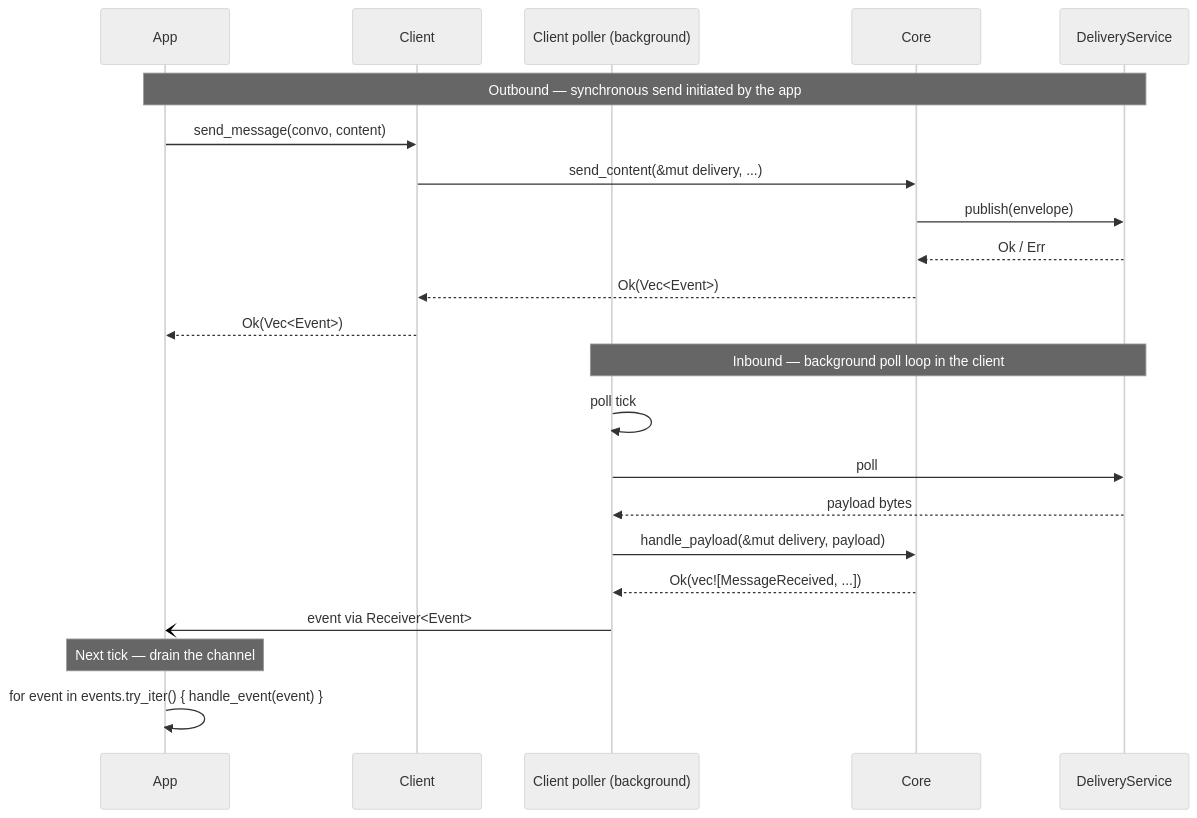
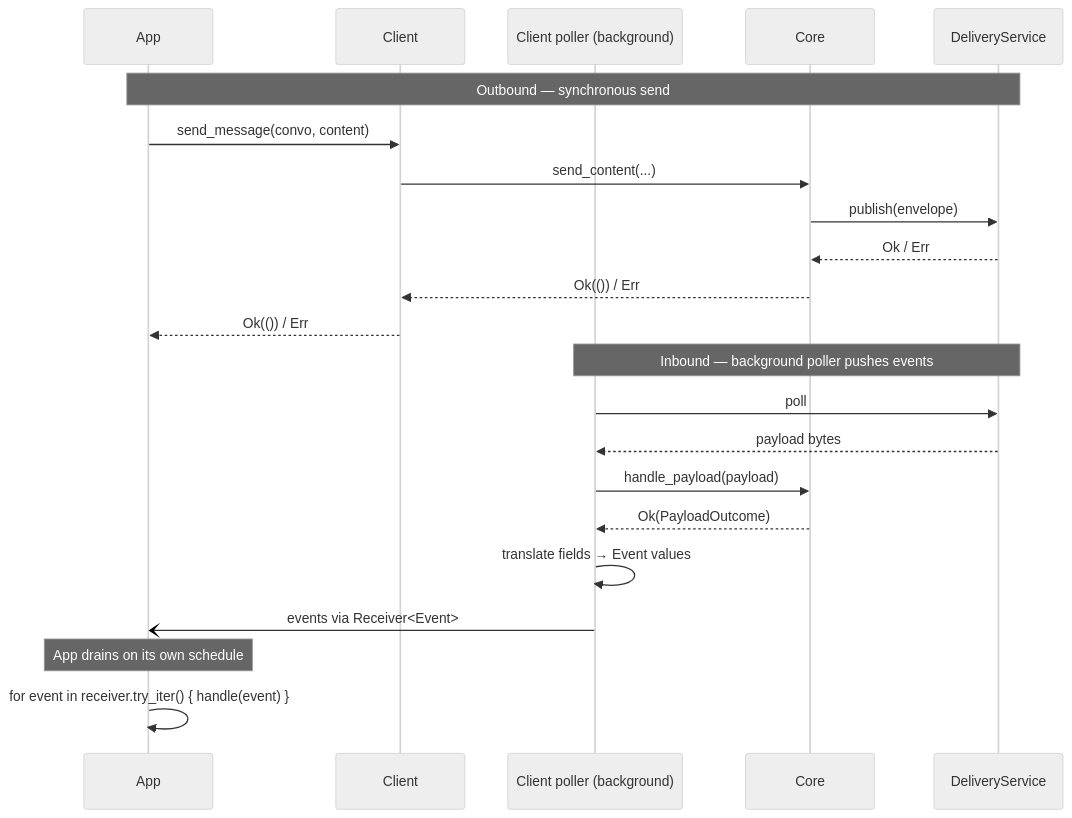
One commit to logos-messaging/libchat changed the second of 2 diagrams in docs/adr/0001-client-event-system.md. Above: the diagram before and after it, drawn with Mermaid (neutral theme). The commit also changed other lines of this file and 21 other files, not shown here.

First line of the commit message:
feat: introduce client event system

````diff
--- a/docs/adr/0001-client-event-system.md
+++ b/docs/adr/0001-client-event-system.md
@@ -275,27 +60,27 @@
 ```mermaid
 sequenceDiagram
     participant App
     participant Client
     participant Poller as Client poller (background)
     participant Core
     participant Delivery as DeliveryService
 
-    Note over App,Delivery: Outbound — synchronous send initiated by the app
+    Note over App,Delivery: Outbound — synchronous send
     App->>Client: send_message(convo, content)
-    Client->>Core: send_content(&mut delivery, ...)
+    Client->>Core: send_content(...)
     Core->>Delivery: publish(envelope)
     Delivery-->>Core: Ok / Err
-    Core-->>Client: Ok(Vec<Event>)
-    Client-->>App: Ok(Vec<Event>)
+    Core-->>Client: Ok(()) / Err
+    Client-->>App: Ok(()) / Err
 
-    Note over Poller,Delivery: Inbound — background poll loop in the client
-    Poller->>Poller: poll tick
+    Note over Poller,Delivery: Inbound — background poller pushes events
     Poller->>Delivery: poll
     Delivery-->>Poller: payload bytes
-    Poller->>Core: handle_payload(&mut delivery, payload)
-    Core-->>Poller: Ok(vec![MessageReceived, ...])
-    Poller-)App: event via Receiver<Event>
+    Poller->>Core: handle_payload(payload)
+    Core-->>Poller: Ok(PayloadOutcome)
+    Poller->>Poller: translate fields → Event values
+    Poller-)App: events via Receiver<Event>
 
-    Note over App: Next tick — drain the channel
-    App->>App: for event in events.try_iter() { handle_event(event) }
+    Note over App: App drains on its own schedule
+    App->>App: for event in receiver.try_iter() { handle(event) }
 ```
````
